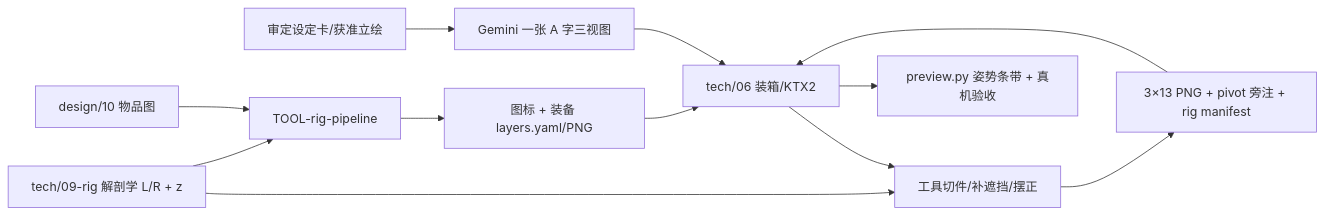
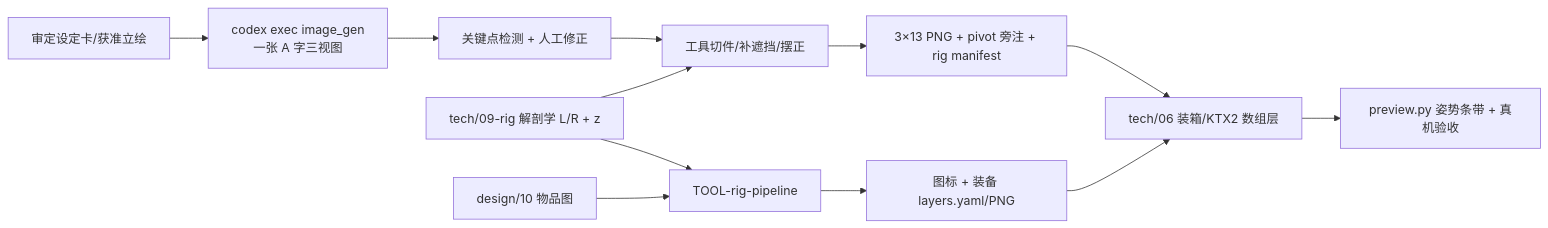
The fourth of 7 diagrams in docs/tech/07-asset-generation.md (radarxc/jinyongqunxia), drawn with Mermaid before and after one commit. The commit also changed other lines of this file and 3 other files, not shown here.

First line of the commit message:
agents(DES-rig-v1.1): 技术规格修订 · tech/09 v1.1（三视图 sheet 契约、身份 rig 字段、§4.6 片段驱动、C5/C9/R9）与 tech/07 §4.5/§5.4、rig GUIDE（AR-29、AR-34）

````diff
--- a/docs/tech/07-asset-generation.md
+++ b/docs/tech/07-asset-generation.md
@@ -694,13 +700,13 @@
 ```mermaid
 flowchart LR
-  S[审定设定卡/获准立绘] --> G[Gemini 一张 A 字三视图]
+  S[审定设定卡/获准立绘] --> G[codex exec image_gen<br/>一张 A 字三视图]
   G --> K[关键点检测 + 人工修正]
   K --> A[工具切件/补遮挡/摆正]
   T[tech/09-rig 解剖学 L/R + z] --> A
   A --> M[3×13 PNG + pivot 旁注 + rig manifest]
   I[design/10 物品图] --> P[TOOL-rig-pipeline]
   T --> P
   P --> O[图标 + 装备 layers.yaml/PNG]
-  M & O --> K[tech/06 装箱/KTX2]
-  K --> V[preview.py 姿势条带 + 真机验收]
+  M & O --> B[tech/06 装箱/KTX2 数组层]
+  B --> V[preview.py 姿势条带 + 真机验收]
 ```
````
